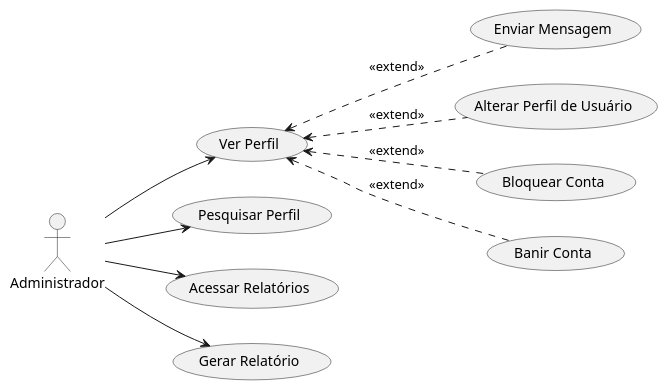
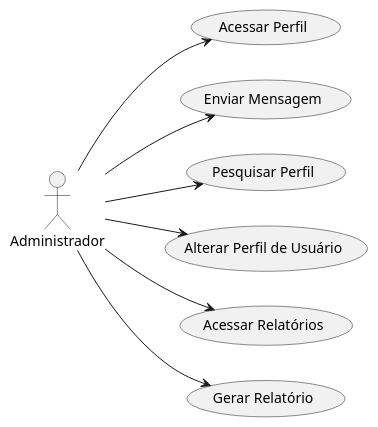
The diagram in docs/Casos de Uso/Admin.puml (TheKrauser/Engenharia-Software-II), drawn with PlantUML before and after one commit. The commit also changed 13 other files, not shown here.

Commit message:
Diagramas e Casos de Uso

```diff
--- a/docs/Casos de Uso/Admin.puml
+++ b/docs/Casos de Uso/Admin.puml
@@ -1,24 +1,20 @@
 @startuml "Admin"
 left to right direction
 
 actor Administrador as ADM
 
-usecase "Ver Perfil" as verPerfil
+usecase "Acessar Perfil" as verPerfil
 usecase "Enviar Mensagem" as enviarMensagem
 usecase "Pesquisar Perfil" as pesquisarPerfil
 usecase "Alterar Perfil de Usuário" as alterarPerfilUser
-usecase "Bloquear Conta" as bloquearConta
-usecase "Banir Conta" as banirConta
 usecase "Acessar Relatórios" as acessarRelatorio
 usecase "Gerar Relatório" as gerarRelatorio
 
 ADM --> verPerfil
-verPerfil <.. enviarMensagem : <<extend>>
-verPerfil <.. alterarPerfilUser : <<extend>>
-verPerfil <.. banirConta : <<extend>>
-verPerfil <.. bloquearConta : <<extend>>
+ADM --> enviarMensagem
+ADM --> alterarPerfilUser
 ADM --> pesquisarPerfil
 ADM --> acessarRelatorio
 ADM --> gerarRelatorio
 
 @enduml
```
